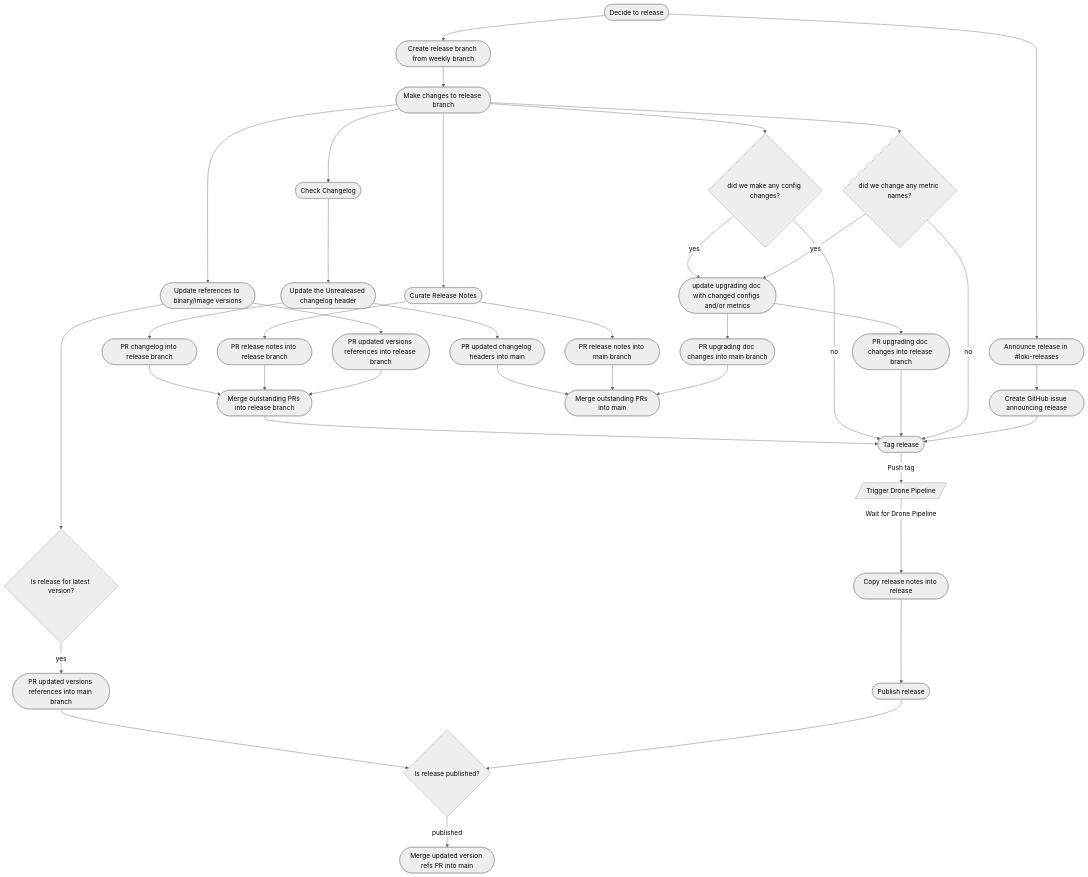
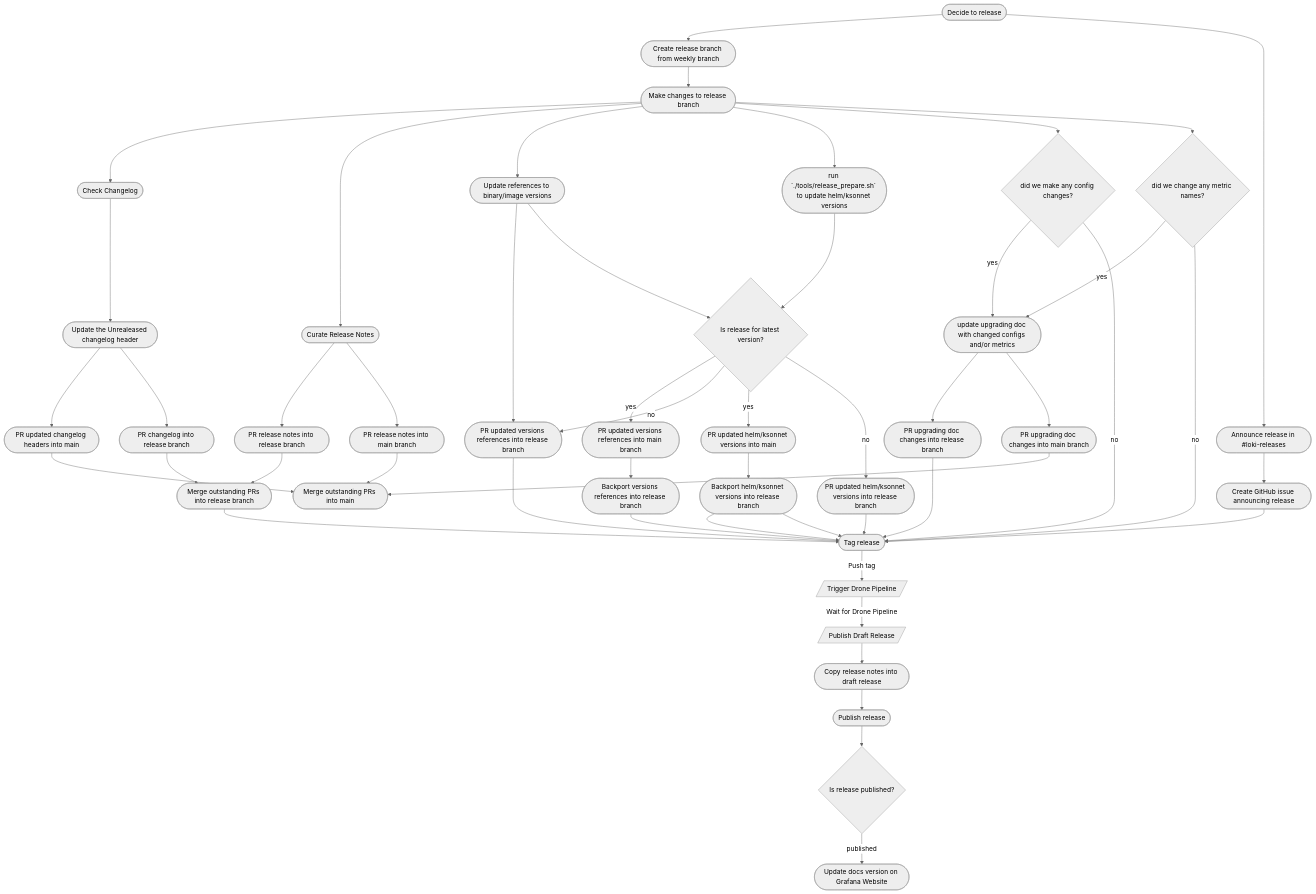
Before and after one commit to grafana/loki-release: the second of 3 diagrams in loki-legacy-workflow.md, drawn with Mermaid (neutral theme). The commit also changed other lines of this file, not shown here.

Commit message:
add docs step

````diff
--- a/loki-legacy-workflow.md
+++ b/loki-legacy-workflow.md
@@ -21,49 +21,62 @@
 ```mermaid
 graph TD;
     start([Decide to release]) --> branch([Create release branch from weekly branch]);
     start --> announce([Announce release in #loki-releases]);
     announce --> issue([Create GitHub issue announcing release]);
     branch --> changes([Make changes to release branch]);
 
     changes --> checkChangelog([Check Changelog]);
     checkChangelog --> changelogHeader([Update the Unrealeased changelog header]);
     changelogHeader --> changelogMain([PR updated changelog headers into main]);
     changelogHeader --> prChangelog([PR changelog into release branch]);
     prChangelog --> mergePRs([Merge outstanding PRs into release branch]);
     changelogMain --> mergeMainPRs([Merge outstanding PRs into main]);
 
     changes --> releaseNotes([Curate Release Notes]);
     releaseNotes --> prReleaseNotes([PR release notes into release branch]);
     releaseNotes --> prReleaseNotesMain([PR release notes into main branch]);
     prReleaseNotesMain --> mergeMainPRs;
     prReleaseNotes --> mergePRs;
 
     mergePRs --> tag([Tag release]);
 
     changes --> binaryVersions([Update references to binary/image versions]);
     binaryVersions --> prVersions([PR updated versions references into release branch]);
     binaryVersions --> isLatestVersion{Is release for latest version?};
     isLatestVersion --> |yes| prVersionsMain([PR updated versions references into main branch]);
-    prVersionsMain --> waitForPublish([Wait for release to be published]);
-    prVersions --> mergePRs;
+    prVersionsMain --> backportVersion([Backport versions references into release branch]);
+    isLatestVersion --> |no| prVersions([PR updated versions references into release branch]);
+    prVersions --> tag;
+    backportVersion --> tag;
+
+
+    changes --> helmKsonnetVersions([run `./tools/release_prepare.sh` to update helm/ksonnet versions]);
+    helmKsonnetVersions --> isLatestVersion;
+    isLatestVersion --> |yes| prHelmKsonnetMain([PR updated helm/ksonnet versions into main]);
+    prHelmKsonnetMain --> backportHelmKsonnet([Backport helm/ksonnet versions into release branch]);
+    backportHelmKsonnet --> tag;
+    isLatestVersion --> |no| prHelmKsonnet([PR updated helm/ksonnet versions into release branch]);
+    prHelmKsonnet --> tag;
+    backportHelmKsonnet --> tag;
 
     changes --> checkConfigs{did we make any config changes?};
     checkConfigs --> |yes| updateUpgradingDoc([update upgrading doc with changed configs and/or metrics]);
     checkConfigs --> |no| tag;
     updateUpgradingDoc --> prUpgradingDoc([PR upgrading doc changes into release branch]);
     updateUpgradingDoc --> prUpgradingDocMain([PR upgrading doc changes into main branch]);
     prUpgradingDocMain --> mergeMainPRs;
     prUpgradingDoc --> tag;
 
     changes --> checkMetrics{did we change any metric names?};
     checkMetrics --> |yes| updateUpgradingDoc;
     checkMetrics --> |no| tag;
 
     issue --> tag;
 
     tag --> |Push tag| drone[/Trigger Drone Pipeline/];
-    drone --> |Wait for Drone Pipeline| copyReleaseNotes([Copy release notes into release]);
+    drone --> |Wait for Drone Pipeline| draftRelease[/Publish Draft Release/];
+    draftRelease --> copyReleaseNotes([Copy release notes into draft release]);
     copyReleaseNotes --> publish([Publish release]);
     publish --> waitForPublish{Is release published?};
-    waitForPublish --> |published| mergeVersionRefs([Merge updated version refs PR into main]);
+    waitForPublish --> |published| versionDocsWebsite([Update docs version on Grafana Website]);
 ```
````
